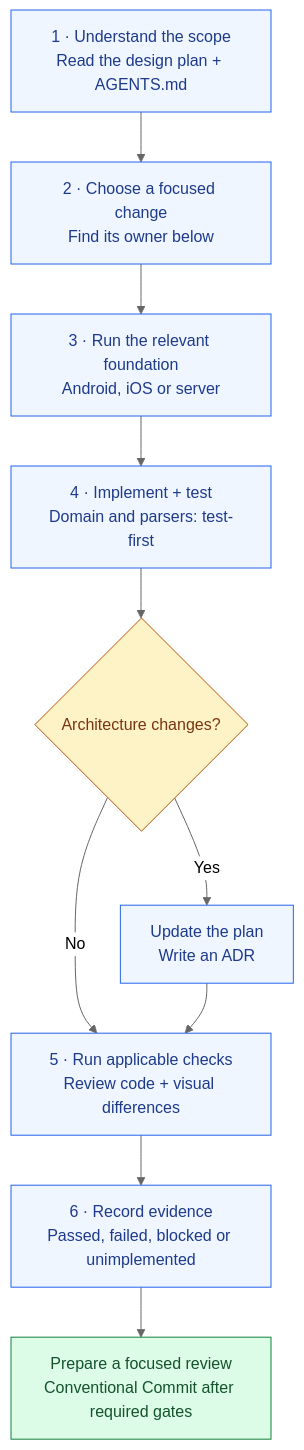
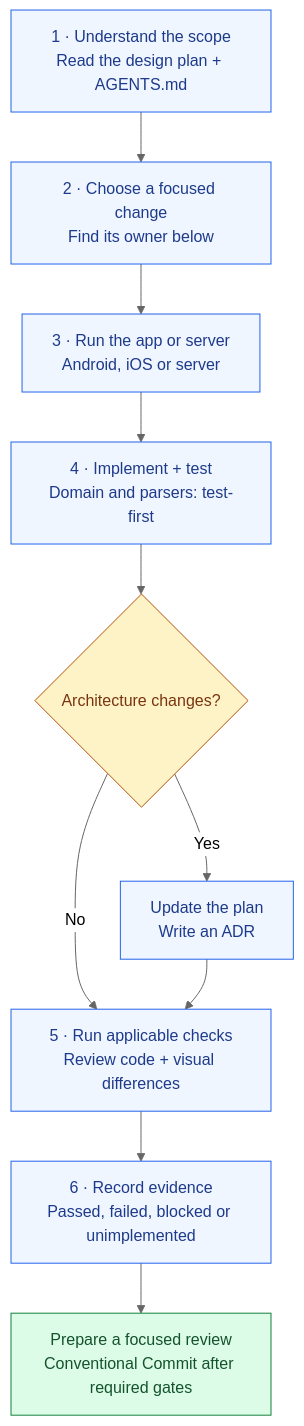
Before and after one commit to Aashu1303/grocery-app: the second of 8 diagrams in README.md, drawn with Mermaid (neutral theme). The commit also changed other lines of this file and 13 other files, not shown here.

````diff
--- a/README.md
+++ b/README.md
@@ -38,18 +90,18 @@
 ```mermaid
 flowchart TD
     A["1 · Understand the scope<br/>Read the design plan + AGENTS.md"] --> B["2 · Choose a focused change<br/>Find its owner below"]
-    B --> C["3 · Run the relevant foundation<br/>Android, iOS or server"]
+    B --> C["3 · Run the app or server<br/>Android, iOS or server"]
     C --> D["4 · Implement + test<br/>Domain and parsers: test-first"]
     D --> E{"Architecture changes?"}
     E -->|Yes| F["Update the plan<br/>Write an ADR"]
     E -->|No| G["5 · Run applicable checks<br/>Review code + visual differences"]
     F --> G
     G --> H["6 · Record evidence<br/>Passed, failed, blocked or unimplemented"]
     H --> I["Prepare a focused review<br/>Conventional Commit after required gates"]
     classDef step fill:#eff6ff,stroke:#2563eb,color:#1e3a8a
     classDef decision fill:#fef3c7,stroke:#b45309,color:#78350f
     classDef finish fill:#dcfce7,stroke:#15803d,color:#14532d
     class A,B,C,D,F,G,H step
     class E decision
     class I finish
 ```
````
